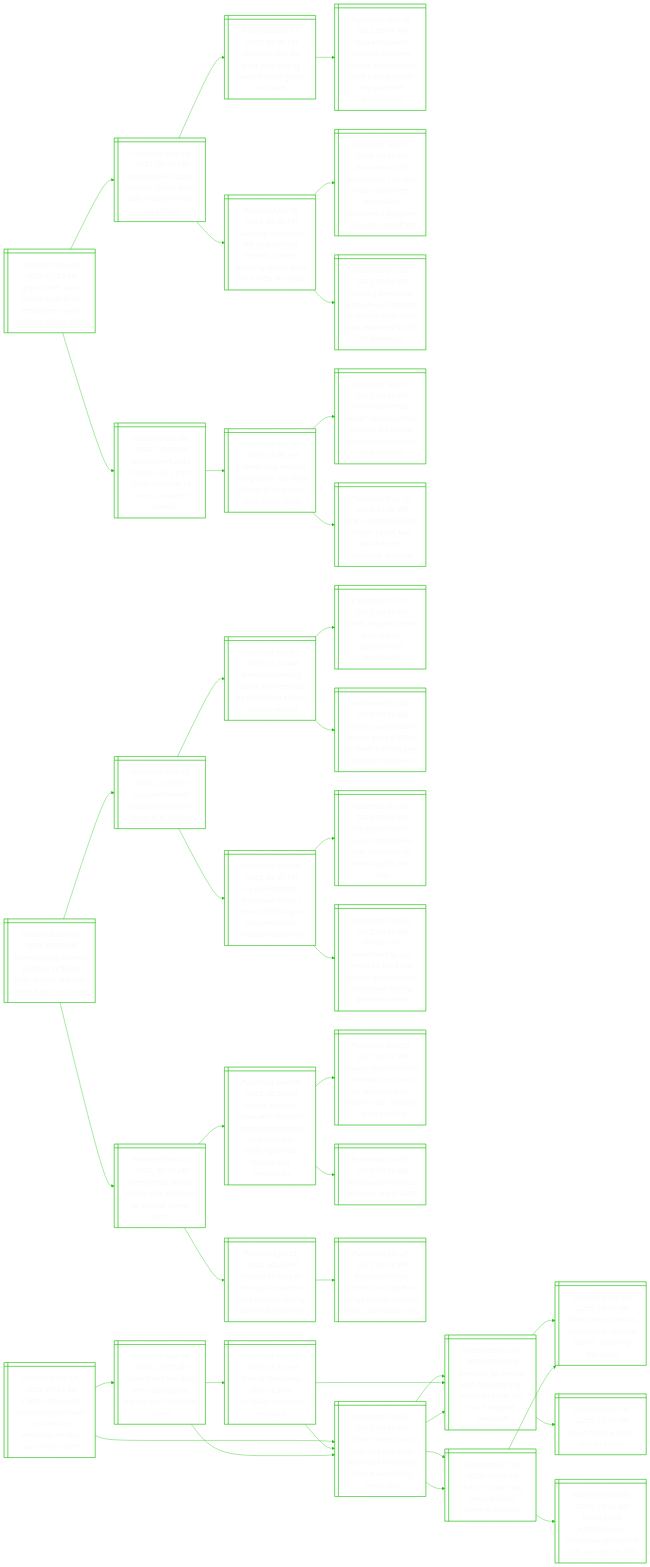
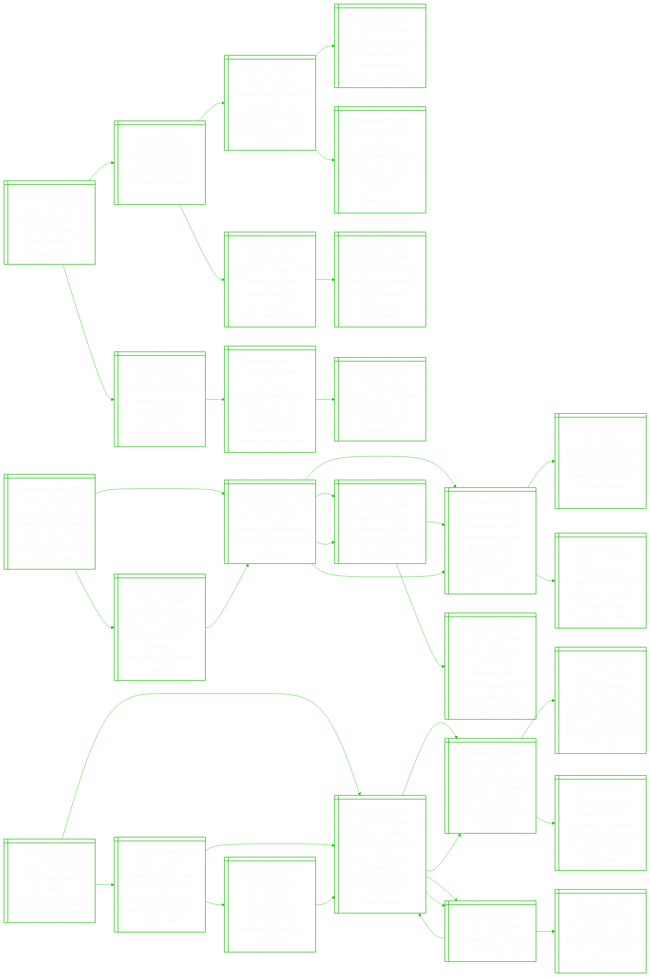
One commit to notJmes/notJmes changed the diagram in README.md. Above: the diagram before and after it, drawn with Mermaid. The commit also changed other lines of this file, not shown here.

````diff
--- a/README.md
+++ b/README.md
@@ -16,127 +16,115 @@
 flowchart LR
 classDef txtsize font-size:20px;
 
-GTAtsimerkna@{ shape: win-pane, label: "_Published Nov 06, 2025, 07:59 AM_
-‘grand theft auto’ studio says fired employees were leaking information" }
-TaUetdtmLnf@{ shape: win-pane, label: "_Published Aug 23, 2023, 09:49 PM_
-Teen hacked uber, revolut, grand theft auto maker, london jury finds" }
-Hrberlkdmo@{ shape: win-pane, label: "_Published Dec 03, 2022, 05:05 PM_
-Hackers may be after your highly ranked video game account" }
-Mheanscesputaaei@{ shape: win-pane, label: "_Published Mar 06, 2022, 05:00 AM_
-More children cheated in game scams; counsellors urge peer support and parental supervision" }
-GgRhptrhrrtdoco@{ shape: win-pane, label: "_Published Jul 10, 2023, 02:34 PM_
-Gaming firm razer hit by potential breach, hacker offering stolen data for $135k in crypto" }
-Droelzsrleodbcyut@{ shape: win-pane, label: "_Published Sep 15, 2020, 10:43 PM_
-Data breach of potentially 100,000 razer customers worldwide discovered by cyber-security consultant" }
-GgRwatnvrdeamm@{ shape: win-pane, label: "_Published Dec 09, 2022, 01:50 PM_
-Gaming firm razer wins lawsuit against it vendor over data leak, awarded $8.7m in damages" }
-GTArrsmsuard@{ shape: win-pane, label: "_Published Dec 06, 2023, 07:09 PM_
-Grand theft auto trailer soars past 100m views in 12 hours, smashes records" }
-tfuceGyloociV@{ shape: win-pane, label: "_Published Sep 20, 2023, 08:40 PM_
-2 teens face murder charges for gta-style killing of ex-police chief in las vegas" }
-Sdtlaoebrnudibir@{ shape: win-pane, label: "_Published Sep 15, 2023, 04:40 PM_
-‘she had limited value’: seattle officer probed for joking about student killed by police car" }
-Onnciituioae@{ shape: win-pane, label: "_Published May 12, 2023, 01:00 AM_
-One canadian police officer killed, two wounded in shooting at home" }
+Caavosroec@{ shape: win-pane, label: "_Published Nov 06, 2025, 11:49 AM_
+Canada to poach h-1b visa holders, international researchers" }
+TtoeBealt@{ shape: win-pane, label: "_Published Sep 20, 2025, 04:36 AM_
+Trump to impose $130,000 fee for h-1b worker visas in blow to tech" }
+Lissashrtfisal@{ shape: win-pane, label: "_Published Sep 13, 2025, 07:12 AM_
+Lawsuit says musk’s tesla hires visa holders instead of americans so it can pay less" }
+Euiferhnylrl@{ shape: win-pane, label: "_Published Sep 11, 2025, 01:45 AM_
+Elon musk’s title of richest person challenged by oracle’s larry ellison" }
+Sdardrilstiraae@{ shape: win-pane, label: "_Published Sep 12, 2025, 10:35 PM_
+Should tesla’s shareholders green-light elon musk’s us$1 trillion performance package?" }
+SKaolvsbeuboen@{ shape: win-pane, label: "_Published Sep 19, 2025, 03:30 PM_
+South korea aims to resolve us visa issues before executing $450 billion investment" }
+Rndpiotmcirnrn@{ shape: win-pane, label: "_Published Sep 08, 2025, 11:00 PM_
+Raid on hyundai-lg plant in us points to trump’s focus on immigration enforcement" }
+CgdeeUrwve@{ shape: win-pane, label: "_Published Oct 22, 2025, 12:20 PM_
+College grads, some workers in us spared new us$100,000 h-1b visa fee" }
+HlgeetUdtmhniil@{ shape: win-pane, label: "_Published Oct 13, 2025, 06:00 AM_
+H-1b1 still singaporeans’ best bet for a us job, despite trump tightening immigration rules" }
+Wsvrmdspgt@{ shape: win-pane, label: "_Published Sep 21, 2025, 03:45 PM_
+What is us’ h-1b visa programme and how is trump changing it?" }
 
-GTAtsimerkna:::txtsize --> TaUetdtmLnf:::txtsize
-TaUetdtmLnf:::txtsize --> Hrberlkdmo:::txtsize
-Hrberlkdmo:::txtsize --> Mheanscesputaaei:::txtsize
-TaUetdtmLnf:::txtsize --> GgRhptrhrrtdoco:::txtsize
-GgRhptrhrrtdoco:::txtsize --> Droelzsrleodbcyut:::txtsize
-GgRhptrhrrtdoco:::txtsize --> GgRwatnvrdeamm:::txtsize
-GTAtsimerkna:::txtsize --> GTArrsmsuard:::txtsize
-GTArrsmsuard:::txtsize --> tfuceGyloociV:::txtsize
-tfuceGyloociV:::txtsize --> Sdtlaoebrnudibir:::txtsize
-tfuceGyloociV:::txtsize --> Onnciituioae:::txtsize
+Caavosroec:::txtsize --> TtoeBealt:::txtsize
+TtoeBealt:::txtsize --> Lissashrtfisal:::txtsize
+Lissashrtfisal:::txtsize --> Euiferhnylrl:::txtsize
+Lissashrtfisal:::txtsize --> Sdardrilstiraae:::txtsize
+TtoeBealt:::txtsize --> SKaolvsbeuboen:::txtsize
+SKaolvsbeuboen:::txtsize --> Rndpiotmcirnrn:::txtsize
+Caavosroec:::txtsize --> CgdeeUrwve:::txtsize
+CgdeeUrwve:::txtsize --> HlgeetUdtmhniil:::txtsize
+HlgeetUdtmhniil:::txtsize --> Wsvrmdspgt:::txtsize
 
-Tgltilatmteror@{ shape: win-pane, label: "_Published Nov 06, 2025, 07:58 AM_
-Trump grapples with political setback after democrats ride voter fury over prices" }
-Uentbegno@{ shape: win-pane, label: "_Published Nov 05, 2025, 02:27 PM_
-Us government shutdown becomes longest in history" }
-AcobeaSdnsdh@{ shape: win-pane, label: "_Published Nov 01, 2025, 01:34 AM_
-Americans worry about next meal as us shutdown enters second month" }
-Waswhomhw@{ shape: win-pane, label: "_Published Oct 01, 2025, 04:42 PM_
-What happens next with the us government shutdown?" }
-Tsrermvlyuso@{ shape: win-pane, label: "_Published Oct 24, 2025, 06:18 AM_
-Trump says private donor gave $160m to cover military pay during shutdown" }
-Uentesraosactt@{ shape: win-pane, label: "_Published Nov 04, 2025, 08:47 PM_
-Us government shutdown enters record 35th day as congressional inaction takes toll" }
-Ueniunmaayat@{ shape: win-pane, label: "_Published Oct 01, 2025, 12:02 PM_
-Us government begins shutdown that may lead to mass layoffs and cuts" }
-MoAcoedaromhwmirn@{ shape: win-pane, label: "_Published Nov 04, 2025, 10:30 AM_
-Millions of americans to get reduced food aid during government shutdown: trump administration" }
+Blnnnsnihscefd@{ shape: win-pane, label: "_Published Nov 06, 2025, 11:30 AM_
+Brazilian influencer, known as ‘human barbie’ for her 27 cosmetic surgeries, found dead" }
+Ksayhisleshr@{ shape: win-pane, label: "_Published Nov 04, 2025, 12:20 PM_
+Kl cops reclassify death of taiwanese influencer iris hsieh as murder" }
+MsaNeiuavmnaiesh@{ shape: win-pane, label: "_Published Nov 02, 2025, 10:47 PM_
+Malaysian rapper namewee denies drug use and involvement in taiwanese influencer’s death" }
+Msnndeeaepaeuwd@{ shape: win-pane, label: "_Published Dec 19, 2024, 08:12 AM_
+Malaysian influencer ady hu detained by taiwanese cops for alleged fraud: taiwan media" }
+ceairryitidfce@{ shape: win-pane, label: "_Published Jul 17, 2024, 10:07 AM_
+2 charged in malaysia over cyber bullying linked to social media influencer’s death" }
+MsaNeeggttat@{ shape: win-pane, label: "_Published Nov 03, 2025, 09:40 AM_
+Malaysian rapper namewee faces drug charges after october arrest" }
+MsaNeiuavmnaiesh@{ shape: win-pane, label: "_Published Nov 02, 2025, 10:47 PM_
+Malaysian rapper namewee denies drug use and involvement in taiwanese influencer’s death" }
+Snrwaiineanlapmss@{ shape: win-pane, label: "_Published Jul 26, 2025, 02:35 PM_
+Sorry, not sorry: how china’s nationalistic netizens played into malaysian rapper namewee’s hands" }
+MsaNeafyraieshc@{ shape: win-pane, label: "_Published Nov 05, 2025, 07:47 AM_
+Malaysian rapper namewee remanded for 6 days over taiwanese influencer’s death: police" }
+Ksayhisleshr@{ shape: win-pane, label: "_Published Nov 04, 2025, 12:20 PM_
+Kl cops reclassify death of taiwanese influencer iris hsieh as murder" }
+MsaNeiuavmnaiesh@{ shape: win-pane, label: "_Published Nov 02, 2025, 10:47 PM_
+Malaysian rapper namewee denies drug use and involvement in taiwanese influencer’s death" }
+MsaNeeggttat@{ shape: win-pane, label: "_Published Nov 03, 2025, 09:40 AM_
+Malaysian rapper namewee faces drug charges after october arrest" }
+
+Blnnnsnihscefd:::txtsize --> Ksayhisleshr:::txtsize
+Ksayhisleshr:::txtsize --> MsaNeiuavmnaiesh:::txtsize
+MsaNeiuavmnaiesh:::txtsize --> Msnndeeaepaeuwd:::txtsize
+MsaNeiuavmnaiesh:::txtsize --> ceairryitidfce:::txtsize
+Ksayhisleshr:::txtsize --> MsaNeeggttat:::txtsize
+MsaNeeggttat:::txtsize --> MsaNeiuavmnaiesh:::txtsize
+MsaNeeggttat:::txtsize --> Snrwaiineanlapmss:::txtsize
+Blnnnsnihscefd:::txtsize --> MsaNeafyraieshc:::txtsize
+MsaNeafyraieshc:::txtsize --> Ksayhisleshr:::txtsize
+Ksayhisleshr:::txtsize --> MsaNeiuavmnaiesh:::txtsize
+Ksayhisleshr:::txtsize --> MsaNeeggttat:::txtsize
+
+Mnkstldavre@{ shape: win-pane, label: "_Published Nov 06, 2025, 11:00 AM_
+Mamdani walks offstage to bollywood song after victory speech" }
+YMmnoihaiYilehpea@{ shape: win-pane, label: "_Published Nov 05, 2025, 10:55 AM_
+Young, muslim, asian and socialist: zohran mamdani’s new york win challenges both trump and democrats" }
+YMmimociYaoauoc@{ shape: win-pane, label: "_Published Nov 05, 2025, 01:27 AM_
+Young muslim leftist mamdani on track to win new york mayor vote, shaking up us politics" }
+TbCttousoscolsdsr@{ shape: win-pane, label: "_Published Nov 04, 2025, 07:15 AM_
+Trump backs cuomo, threatens to cut funds as new yorkers expected to pick leftist mamdani as mayor" }
+OcMniagaekren@{ shape: win-pane, label: "_Published Nov 02, 2025, 06:21 AM_
+Obama calls mamdani, praises campaign ahead of new york mayoral election" }
+Twreig@{ shape: win-pane, label: "_Published Nov 05, 2025, 10:50 AM_
+Takeaways from us election night 2025" }
+YMmnoihaiYilehpea@{ shape: win-pane, label: "_Published Nov 05, 2025, 10:55 AM_
+Young, muslim, asian and socialist: zohran mamdani’s new york win challenges both trump and democrats" }
 Drwialosdp@{ shape: win-pane, label: "_Published Nov 05, 2025, 09:46 AM_
 Democrats sweep first major elections of second trump term" }
+RuNrocrmscshr@{ shape: win-pane, label: "_Published Nov 06, 2025, 10:40 AM_
+Rama duwaji, new york mayor-elect zohran mamdani’s wife, carves a path of her own" }
 YMmnoihaiYilehpea@{ shape: win-pane, label: "_Published Nov 05, 2025, 10:55 AM_
 Young, muslim, asian and socialist: zohran mamdani’s new york win challenges both trump and democrats" }
 YMmimociYaoauoc@{ shape: win-pane, label: "_Published Nov 05, 2025, 01:27 AM_
 Young muslim leftist mamdani on track to win new york mayor vote, shaking up us politics" }
 Twreig@{ shape: win-pane, label: "_Published Nov 05, 2025, 10:50 AM_
 Takeaways from us election night 2025" }
-Ctywmaeiseary@{ shape: win-pane, label: "_Published Jul 15, 2025, 06:24 AM_
-Cuomo to stay in new york mayoral race despite losing democratic primary" }
-MnCankgnsodty@{ shape: win-pane, label: "_Published Jun 27, 2025, 06:16 PM_
-Mamdani’s nyc primary win sparks surge in anti-muslim posts, advocates say" }
+HhaiTbdemek@{ shape: win-pane, label: "_Published Nov 05, 2025, 02:08 PM_
+How zohran mamdani beat trump-backed andrew cuomo in new york" }
+YMmnoihaiYilehpea@{ shape: win-pane, label: "_Published Nov 05, 2025, 10:55 AM_
+Young, muslim, asian and socialist: zohran mamdani’s new york win challenges both trump and democrats" }
 
-Tgltilatmteror:::txtsize --> Uentbegno:::txtsize
-Uentbegno:::txtsize --> AcobeaSdnsdh:::txtsize
-AcobeaSdnsdh:::txtsize --> Waswhomhw:::txtsize
-AcobeaSdnsdh:::txtsize --> Tsrermvlyuso:::txtsize
-Uentbegno:::txtsize --> Uentesraosactt:::txtsize
-Uentesraosactt:::txtsize --> Ueniunmaayat:::txtsize
-Uentesraosactt:::txtsize --> MoAcoedaromhwmirn:::txtsize
-Tgltilatmteror:::txtsize --> Drwialosdp:::txtsize
-Drwialosdp:::txtsize --> YMmnoihaiYilehpea:::txtsize
+Mnkstldavre:::txtsize --> YMmnoihaiYilehpea:::txtsize
+YMmnoihaiYilehpea:::txtsize --> YMmimociYaoauoc:::txtsize
+YMmimociYaoauoc:::txtsize --> TbCttousoscolsdsr:::txtsize
+YMmimociYaoauoc:::txtsize --> OcMniagaekren:::txtsize
+YMmnoihaiYilehpea:::txtsize --> Twreig:::txtsize
+Twreig:::txtsize --> YMmnoihaiYilehpea:::txtsize
+Twreig:::txtsize --> Drwialosdp:::txtsize
+Mnkstldavre:::txtsize --> RuNrocrmscshr:::txtsize
+RuNrocrmscshr:::txtsize --> YMmnoihaiYilehpea:::txtsize
 YMmnoihaiYilehpea:::txtsize --> YMmimociYaoauoc:::txtsize
 YMmnoihaiYilehpea:::txtsize --> Twreig:::txtsize
-Drwialosdp:::txtsize --> Ctywmaeiseary:::txtsize
-Ctywmaeiseary:::txtsize --> MnCankgnsodty:::txtsize
-
-FessSoelwnairn@{ shape: win-pane, label: "_Published Nov 06, 2025, 07:32 AM_
-France moves to suspend shein over sex dolls and weapons on day paris store opens" }
-CsnsdsloeoFhhoi@{ shape: win-pane, label: "_Published Nov 02, 2025, 10:16 PM_
-China’s shein pulls child-like sex dolls from sale following french watchdog complaint" }
-SthirylerNsba@{ shape: win-pane, label: "_Published Oct 31, 2025, 09:19 PM_
-Shein to go ahead with first physical store, in paris, on nov 5 despite backlash" }
-Seskmrirsich@{ shape: win-pane, label: "_Published Oct 02, 2025, 05:53 PM_
-Shein enters bricks-and-mortar retail in france, sparking backlash" }
-Sfmin@{ shape: win-pane, label: "_Published Jul 10, 2025, 11:43 PM_
-Shein faces $200m fine in france" }
-Shtfbsrol@{ shape: win-pane, label: "_Published Oct 10, 2025, 08:00 AM_
-Shein, hit with big fines, boosts internal controls" }
-Seskmrirsich@{ shape: win-pane, label: "_Published Oct 02, 2025, 05:53 PM_
-Shein enters bricks-and-mortar retail in france, sparking backlash" }
-TlgsSbiite@{ shape: win-pane, label: "_Published Sep 09, 2025, 09:43 AM_
-Temu plots aggressive us comeback with price cuts as deep as 60%" }
-Sbelerncrdo@{ shape: win-pane, label: "_Published Nov 04, 2025, 07:05 AM_
-Shein bans sex dolls after outrage in france over ‘childlike’ ones" }
-FeaSbclelp@{ shape: win-pane, label: "_Published Nov 03, 2025, 08:50 PM_
-France threatens shein ban if ‘childlike’ sex dolls reappear" }
-CsnsdsloeoFhhoi@{ shape: win-pane, label: "_Published Nov 02, 2025, 10:16 PM_
-China’s shein pulls child-like sex dolls from sale following french watchdog complaint" }
-SthirylerNsba@{ shape: win-pane, label: "_Published Oct 31, 2025, 09:19 PM_
-Shein to go ahead with first physical store, in paris, on nov 5 despite backlash" }
-CsnsdsloeoFhhoi@{ shape: win-pane, label: "_Published Nov 02, 2025, 10:16 PM_
-China’s shein pulls child-like sex dolls from sale following french watchdog complaint" }
-SthirylerNsba@{ shape: win-pane, label: "_Published Oct 31, 2025, 09:19 PM_
-Shein to go ahead with first physical store, in paris, on nov 5 despite backlash" }
-Shtfbsrol@{ shape: win-pane, label: "_Published Oct 10, 2025, 08:00 AM_
-Shein, hit with big fines, boosts internal controls" }
-
-FessSoelwnairn:::txtsize --> CsnsdsloeoFhhoi:::txtsize
-CsnsdsloeoFhhoi:::txtsize --> SthirylerNsba:::txtsize
-SthirylerNsba:::txtsize --> Seskmrirsich:::txtsize
-SthirylerNsba:::txtsize --> Sfmin:::txtsize
-CsnsdsloeoFhhoi:::txtsize --> Shtfbsrol:::txtsize
-Shtfbsrol:::txtsize --> Seskmrirsich:::txtsize
-Shtfbsrol:::txtsize --> TlgsSbiite:::txtsize
-FessSoelwnairn:::txtsize --> Sbelerncrdo:::txtsize
-Sbelerncrdo:::txtsize --> FeaSbclelp:::txtsize
-FeaSbclelp:::txtsize --> CsnsdsloeoFhhoi:::txtsize
-FeaSbclelp:::txtsize --> SthirylerNsba:::txtsize
-Sbelerncrdo:::txtsize --> CsnsdsloeoFhhoi:::txtsize
-CsnsdsloeoFhhoi:::txtsize --> SthirylerNsba:::txtsize
-CsnsdsloeoFhhoi:::txtsize --> Shtfbsrol:::txtsize
+RuNrocrmscshr:::txtsize --> HhaiTbdemek:::txtsize
+HhaiTbdemek:::txtsize --> YMmnoihaiYilehpea:::txtsize
 
 ```
````
